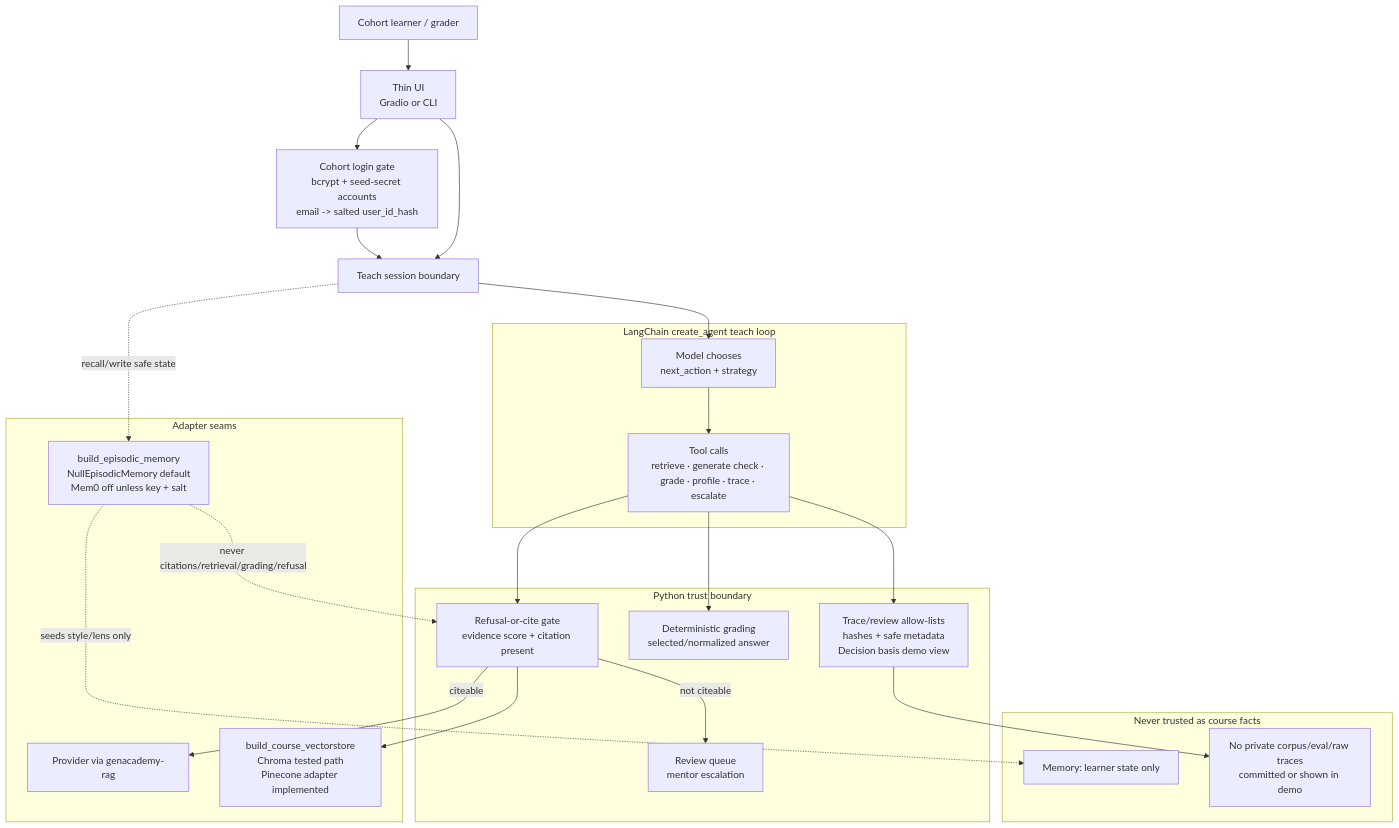
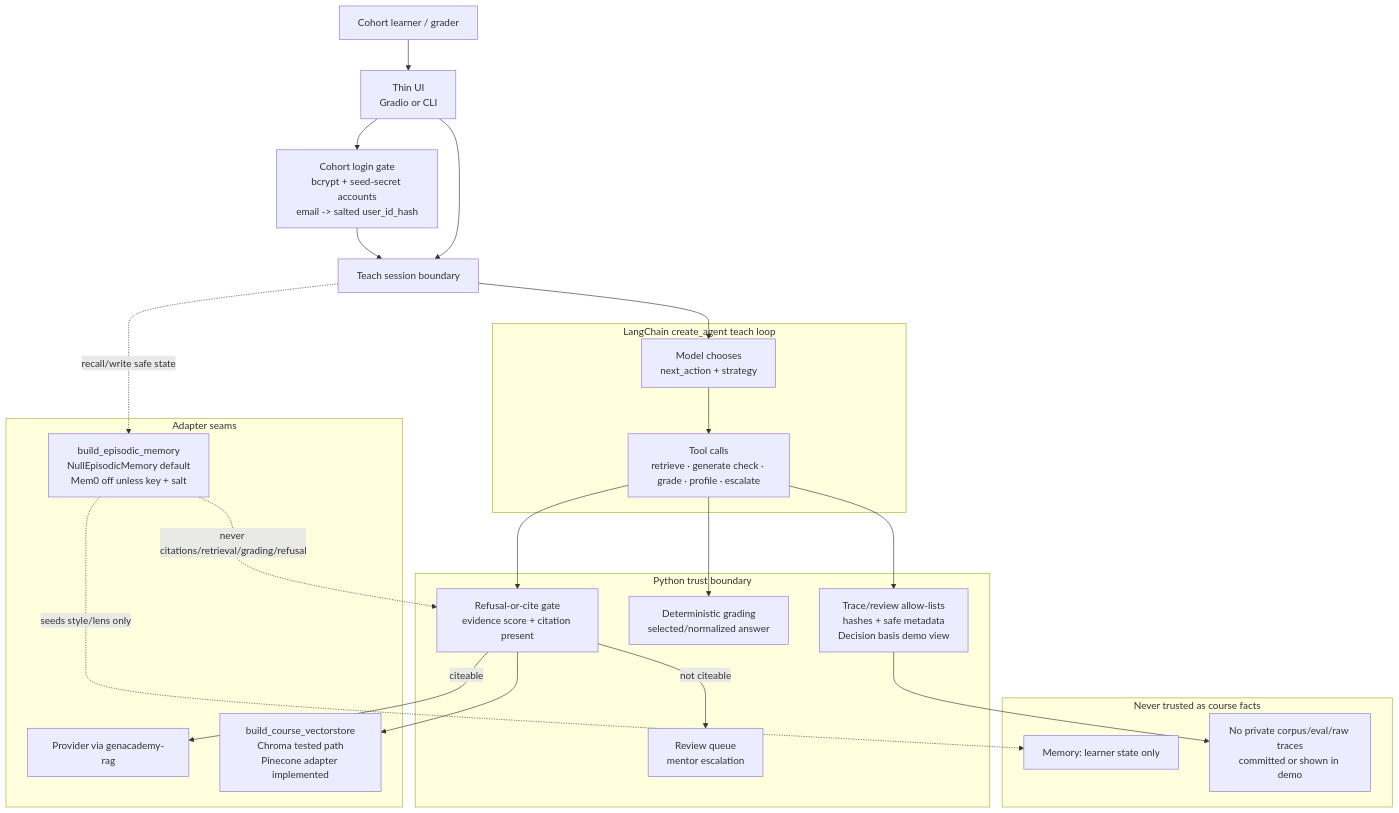
One commit to manjunath84/genacademy-coach changed the first of 13 diagrams in docs/architecture-diagrams.md. Above: the diagram before and after it, drawn with Mermaid. The commit also changed other lines of this file and 3 other files, not shown here.

````diff
--- a/docs/architecture-diagrams.md
+++ b/docs/architecture-diagrams.md
@@ -39,47 +39,47 @@
 ```mermaid
 flowchart TD
     Learner["Cohort learner / grader"]
     UI["Thin UI\nGradio or CLI"]
     Auth["Cohort login gate\nbcrypt + seed-secret accounts\nemail -> salted user_id_hash"]
     Session["Teach session boundary"]
 
     subgraph Agent["LangChain create_agent teach loop"]
         Decide["Model chooses\nnext_action + strategy"]
-        Tools["Tool calls\nretrieve · generate check · grade · profile · trace · escalate"]
+        Tools["Tool calls\nretrieve · generate check · grade · profile · escalate"]
     end
 
     subgraph Deterministic["Python trust boundary"]
         RetrievalGate["Refusal-or-cite gate\nevidence score + citation present"]
         GradeGate["Deterministic grading\nselected/normalized answer"]
         Redaction["Trace/review allow-lists\nhashes + safe metadata\nDecision basis demo view"]
         Escalation["Review queue\nmentor escalation"]
     end
 
     subgraph Adapters["Adapter seams"]
         Provider["Provider via genacademy-rag"]
         Vectorstore["build_course_vectorstore\nChroma tested path\nPinecone adapter implemented"]
         Memory["build_episodic_memory\nNullEpisodicMemory default\nMem0 off unless key + salt"]
     end
 
     subgraph Boundaries["Never trusted as course facts"]
         MemState["Memory: learner state only"]
         NoPrivate["No private corpus/eval/raw traces\ncommitted or shown in demo"]
     end
 
     Learner --> UI
     UI --> Auth
     Auth --> Session
     UI --> Session
     Session --> Decide
     Decide --> Tools
     Tools --> RetrievalGate
     Tools --> GradeGate
     Tools --> Redaction
     RetrievalGate -->|citeable| Provider
     RetrievalGate --> Vectorstore
     RetrievalGate -->|not citeable| Escalation
     Session -. recall/write safe state .-> Memory
     Memory -. seeds style/lens only .-> MemState
     Memory -. never citations/retrieval/grading/refusal .-> RetrievalGate
     Redaction --> NoPrivate
 ```
````
